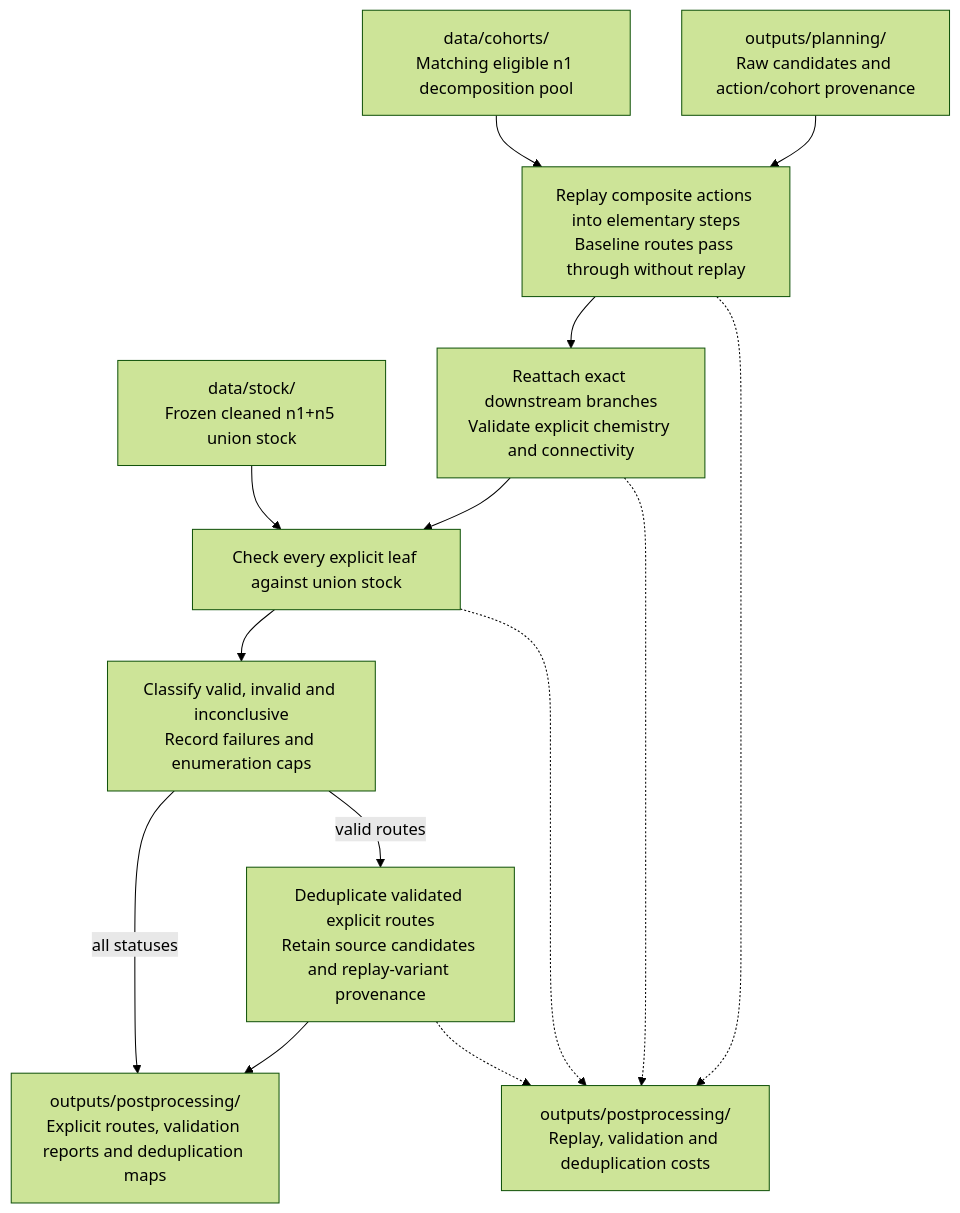
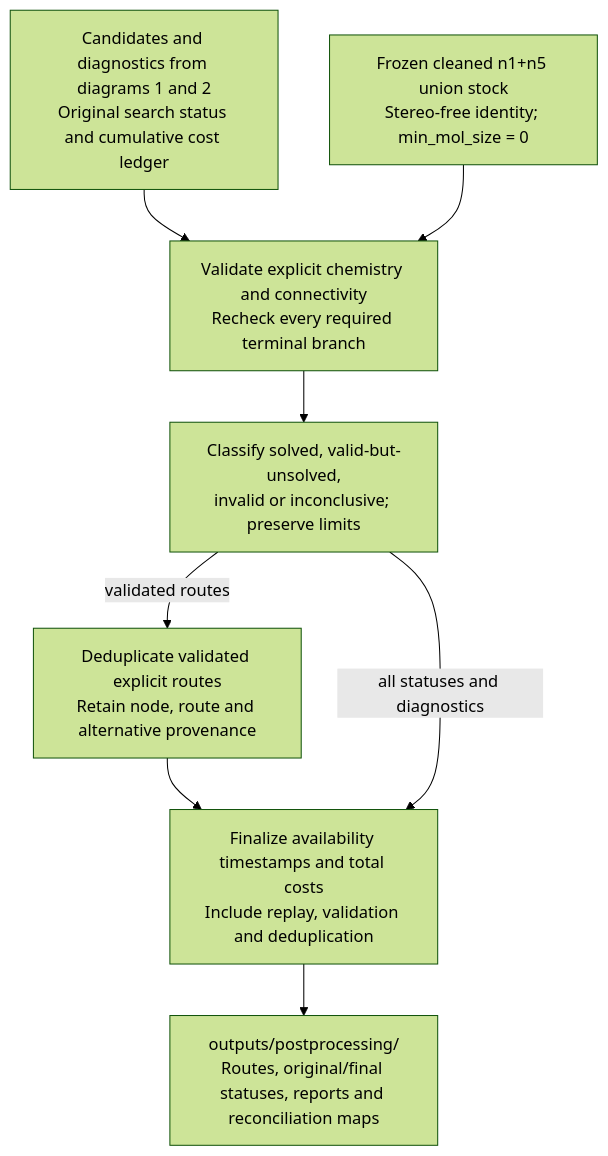
One commit to Protolaw/retrocomposite changed the third of 3 diagrams in docs/diagrams/postprocessing.md. Above: the diagram before and after it, drawn with Mermaid (forest theme). The commit also changed other lines of this file and 10 other files, not shown here.

````diff
--- a/docs/diagrams/postprocessing.md
+++ b/docs/diagrams/postprocessing.md
@@ -7,22 +85,15 @@
 ```mermaid
 flowchart TD
-    RUNS["outputs/planning/<br/>Raw candidates and action/cohort provenance"]
-    SUPPORT["data/cohorts/<br/>Matching eligible n1 decomposition pool"]
-    UNWRAP["Replay composite actions into elementary steps<br/>Baseline routes pass through without replay"]
-    ATTACH["Reattach exact downstream branches<br/>Validate explicit chemistry and connectivity"]
-    UNION["data/stock/<br/>Frozen cleaned n1+n5 union stock"]
-    LEAVES["Check every explicit leaf against union stock"]
-    STATUS["Classify valid, invalid and inconclusive<br/>Record failures and enumeration caps"]
-    UNIQUE["Deduplicate validated explicit routes<br/>Retain source candidates and replay-variant provenance"]
-    RESULTS["outputs/postprocessing/<br/>Explicit routes, validation reports and deduplication maps"]
-    COST["outputs/postprocessing/<br/>Replay, validation and deduplication costs"]
-    RUNS --> UNWRAP --> ATTACH --> LEAVES --> STATUS
-    SUPPORT --> UNWRAP
-    UNION --> LEAVES
-    STATUS -->|valid routes| UNIQUE --> RESULTS
-    STATUS -->|all statuses| RESULTS
-    UNWRAP -.-> COST
-    ATTACH -.-> COST
-    LEAVES -.-> COST
-    UNIQUE -.-> COST
+    INPUT["Candidates and diagnostics from diagrams 1 and 2<br/>Original search status and cumulative cost ledger"]
+    VALIDATE["Validate explicit chemistry and connectivity<br/>Recheck every required terminal branch"]
+    UNION["Frozen cleaned n1+n5 union stock<br/>Stereo-free identity; min_mol_size = 0"]
+    STATUS["Classify solved, valid-but-unsolved,<br/>invalid or inconclusive; preserve limits"]
+    UNIQUE["Deduplicate validated explicit routes<br/>Retain node, route and alternative provenance"]
+    EVENTS["Finalize availability timestamps and total costs<br/>Include replay, validation and deduplication"]
+    RESULTS["outputs/postprocessing/<br/>Routes, original/final statuses, reports and reconciliation maps"]
+    INPUT --> VALIDATE --> STATUS
+    UNION --> VALIDATE
+    STATUS -->|validated routes| UNIQUE --> EVENTS
+    STATUS -->|all statuses and diagnostics| EVENTS
+    EVENTS --> RESULTS
 ```
````
